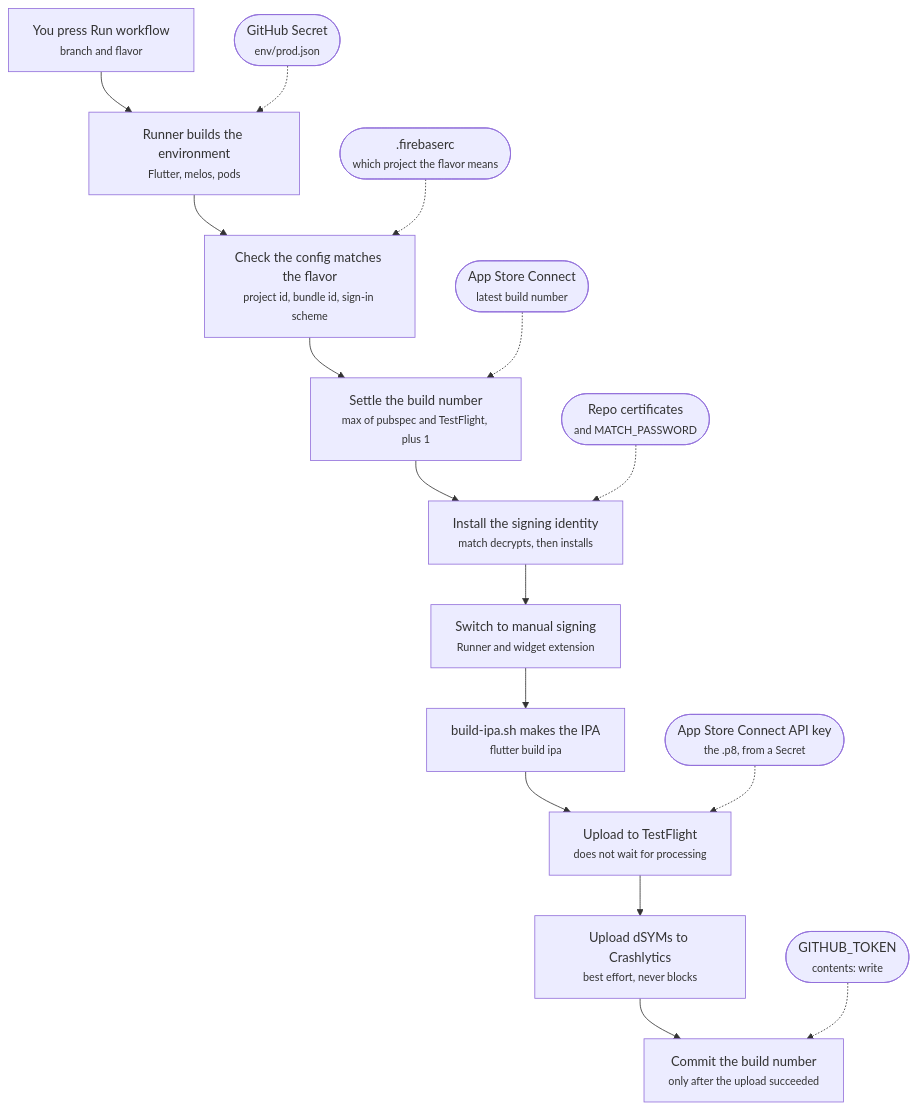
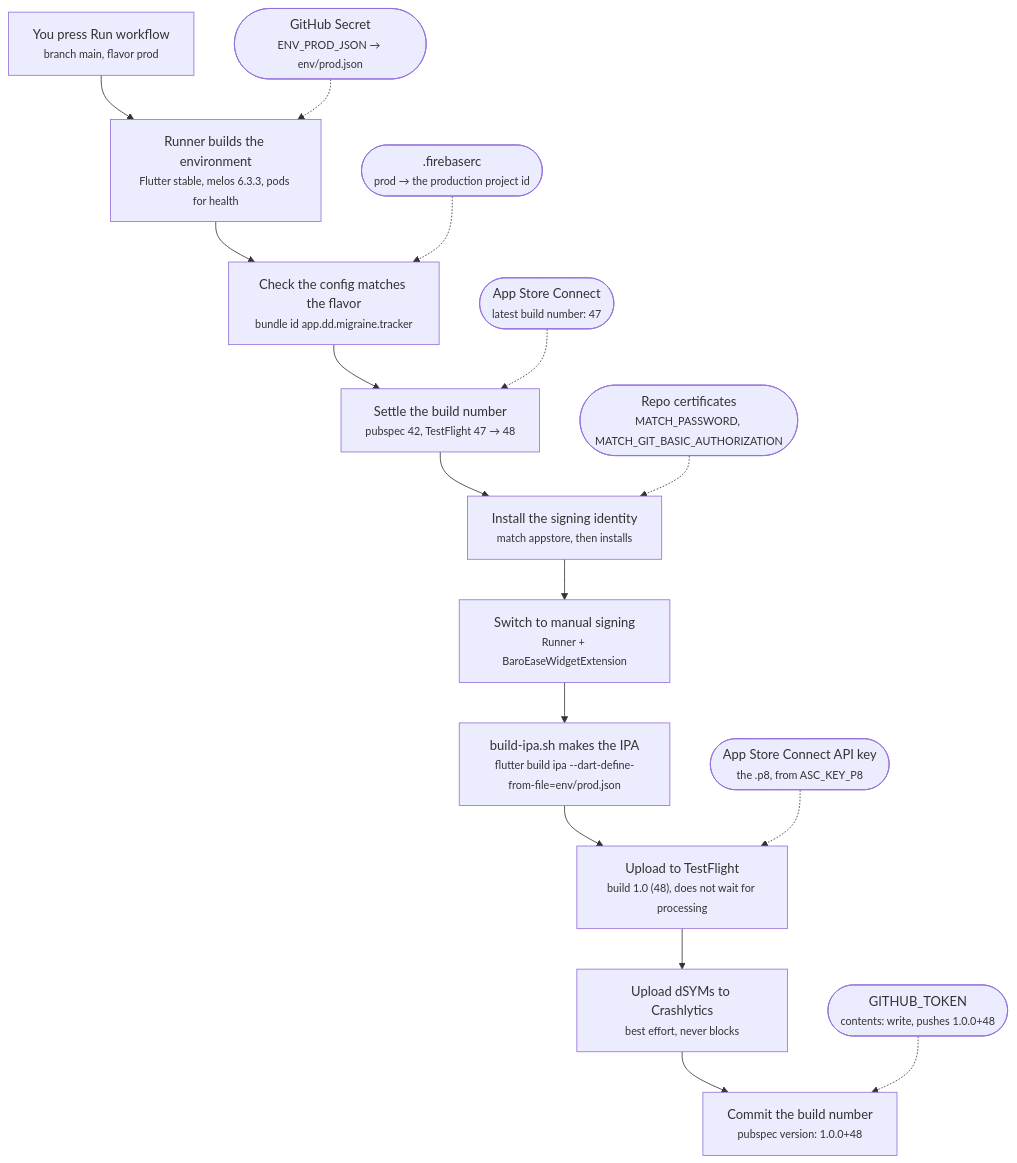
One commit to DAMHONGDUC/migraine-tracker changed the diagram in docs/release/PIPELINE.md. Above: the diagram before and after it, drawn with Mermaid. The commit also changed 4 other files, not shown here.

````diff
--- a/docs/release/PIPELINE.md
+++ b/docs/release/PIPELINE.md
@@ -16,29 +16,29 @@
 ```mermaid
 flowchart TD
-    trigger["You press Run workflow<br/><small>branch and flavor</small>"]
-    prep["Runner builds the environment<br/><small>Flutter, melos, pods</small>"]
-    check["Check the config matches the flavor<br/><small>project id, bundle id, sign-in scheme</small>"]
-    num["Settle the build number<br/><small>max of pubspec and TestFlight, plus 1</small>"]
-    certs["Install the signing identity<br/><small>match decrypts, then installs</small>"]
-    sign["Switch to manual signing<br/><small>Runner and widget extension</small>"]
-    build["build-ipa.sh makes the IPA<br/><small>flutter build ipa</small>"]
-    upload["Upload to TestFlight<br/><small>does not wait for processing</small>"]
+    trigger["You press Run workflow<br/><small>branch main, flavor prod</small>"]
+    prep["Runner builds the environment<br/><small>Flutter stable, melos 6.3.3, pods for health</small>"]
+    check["Check the config matches the flavor<br/><small>bundle id app.dd.migraine.tracker</small>"]
+    num["Settle the build number<br/><small>pubspec 42, TestFlight 47 → 48</small>"]
+    certs["Install the signing identity<br/><small>match appstore, then installs</small>"]
+    sign["Switch to manual signing<br/><small>Runner + BaroEaseWidgetExtension</small>"]
+    build["build-ipa.sh makes the IPA<br/><small>flutter build ipa --dart-define-from-file=env/prod.json</small>"]
+    upload["Upload to TestFlight<br/><small>build 1.0 (48), does not wait for processing</small>"]
     dsym["Upload dSYMs to Crashlytics<br/><small>best effort, never blocks</small>"]
-    commit["Commit the build number<br/><small>only after the upload succeeded</small>"]
+    commit["Commit the build number<br/><small>pubspec version: 1.0.0+48</small>"]
 
-    envjson(["GitHub Secret<br/><small>env/prod.json</small>"])
-    firebaserc([".firebaserc<br/><small>which project the flavor means</small>"])
-    asc1(["App Store Connect<br/><small>latest build number</small>"])
-    matchrepo(["Repo certificates<br/><small>and MATCH_PASSWORD</small>"])
-    asc2(["App Store Connect API key<br/><small>the .p8, from a Secret</small>"])
-    token(["GITHUB_TOKEN<br/><small>contents: write</small>"])
+    envjson(["GitHub Secret<br/><small>ENV_PROD_JSON → env/prod.json</small>"])
+    firebaserc([".firebaserc<br/><small>prod → the production project id</small>"])
+    asc1(["App Store Connect<br/><small>latest build number: 47</small>"])
+    matchrepo(["Repo certificates<br/><small>MATCH_PASSWORD, MATCH_GIT_BASIC_AUTHORIZATION</small>"])
+    asc2(["App Store Connect API key<br/><small>the .p8, from ASC_KEY_P8</small>"])
+    token(["GITHUB_TOKEN<br/><small>contents: write, pushes 1.0.0+48</small>"])
 
     trigger --> prep --> check --> num --> certs --> sign --> build --> upload --> dsym --> commit
 
     envjson -.-> prep
     firebaserc -.-> check
     asc1 -.-> num
     matchrepo -.-> certs
     asc2 -.-> upload
     token -.-> commit
 ```
````
